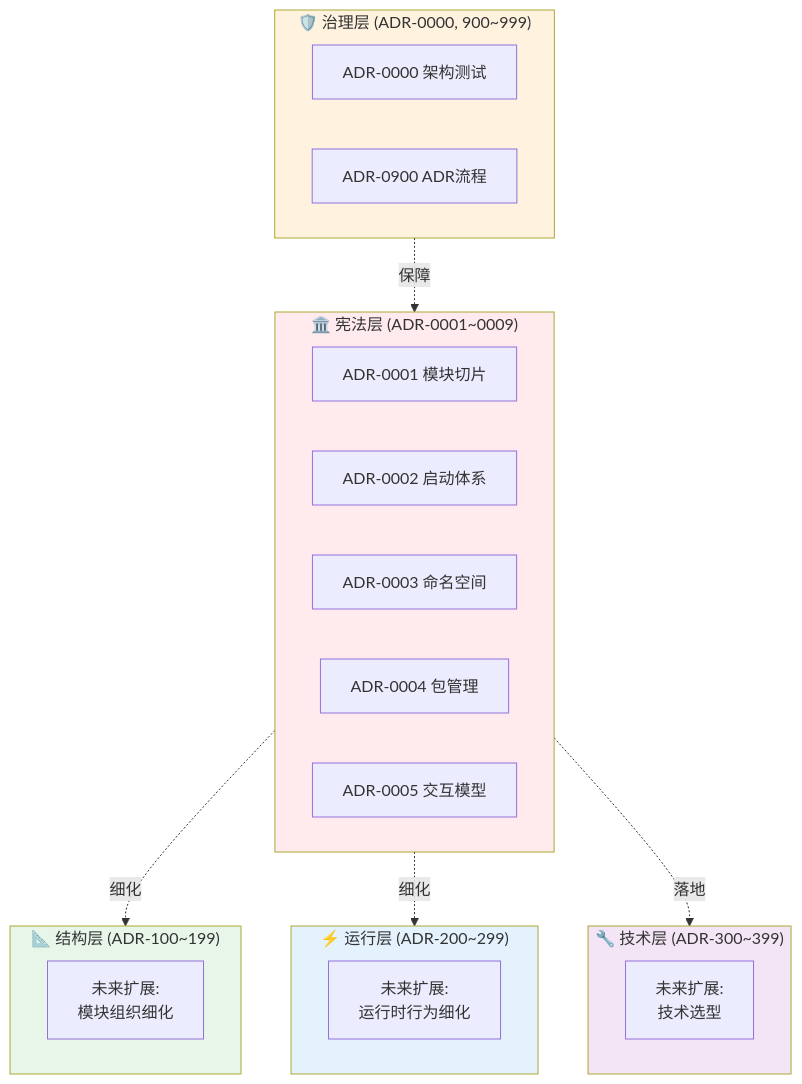
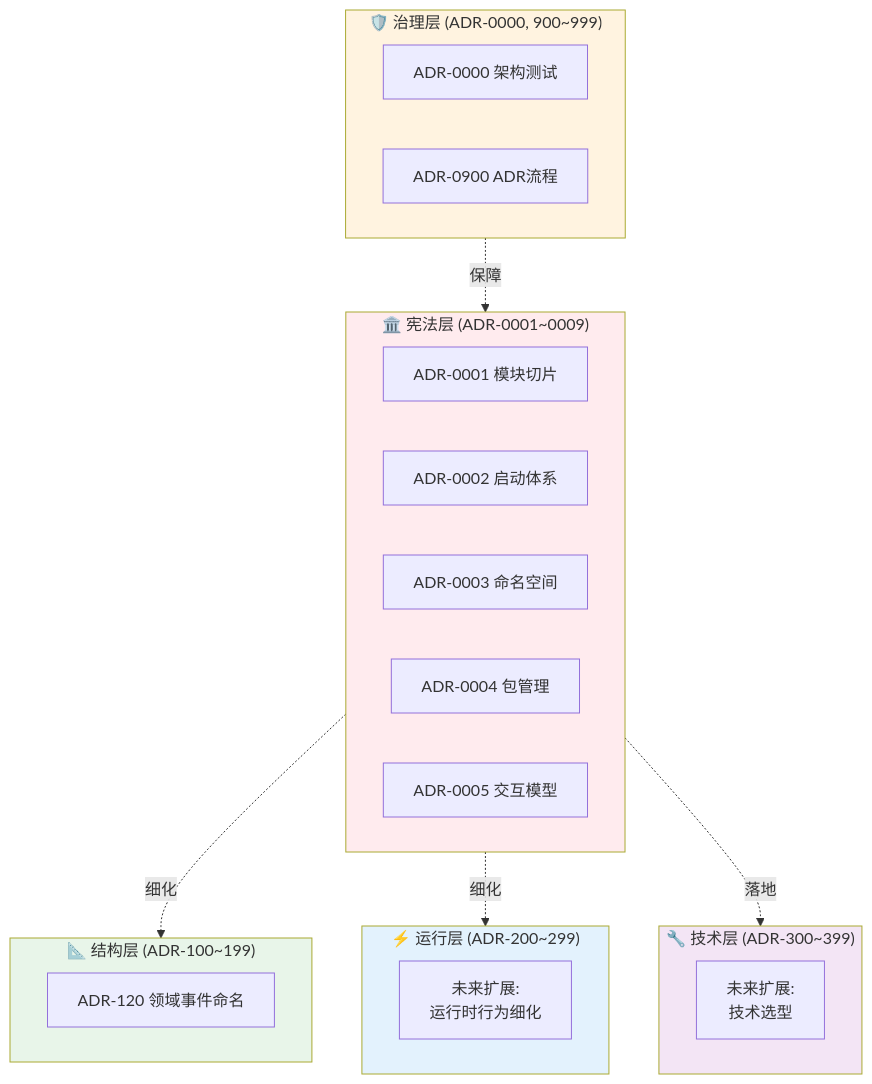
Before and after one commit to douhuaa/Zss.BilliardHall: the diagram in docs/adr/README.md, drawn with Mermaid. The commit also changed other lines of this file and 2 other files, not shown here.

Commit message:
docs(structure): 完成 ADR-120 领域事件命名规范及索引更新

````diff
--- a/docs/adr/README.md
+++ b/docs/adr/README.md
@@ -77,37 +77,37 @@
 ```mermaid
 graph TB
     subgraph Constitutional["🏛️ 宪法层 (ADR-0001~0009)"]
         C1[ADR-0001 模块切片]
         C2[ADR-0002 启动体系]
         C3[ADR-0003 命名空间]
         C4[ADR-0004 包管理]
         C5[ADR-0005 交互模型]
     end
 
     subgraph Governance["🛡️ 治理层 (ADR-0000, 900~999)"]
         G0[ADR-0000 架构测试]
         G900[ADR-0900 ADR流程]
     end
 
     subgraph Structure["📐 结构层 (ADR-100~199)"]
-        S[未来扩展:<br/>模块组织细化]
+        S120[ADR-120 领域事件命名]
     end
 
     subgraph Runtime["⚡ 运行层 (ADR-200~299)"]
         R[未来扩展:<br/>运行时行为细化]
     end
 
     subgraph Technical["🔧 技术层 (ADR-300~399)"]
         T[未来扩展:<br/>技术选型]
     end
 
     Governance -. 保障 .-> Constitutional
     Constitutional -. 细化 .-> Structure
     Constitutional -. 细化 .-> Runtime
     Constitutional -. 落地 .-> Technical
     style Constitutional fill: #ffebee
     style Governance fill: #fff3e0
     style Structure fill: #e8f5e9
     style Runtime fill: #e3f2fd
     style Technical fill: #f3e5f5
 ```
````
